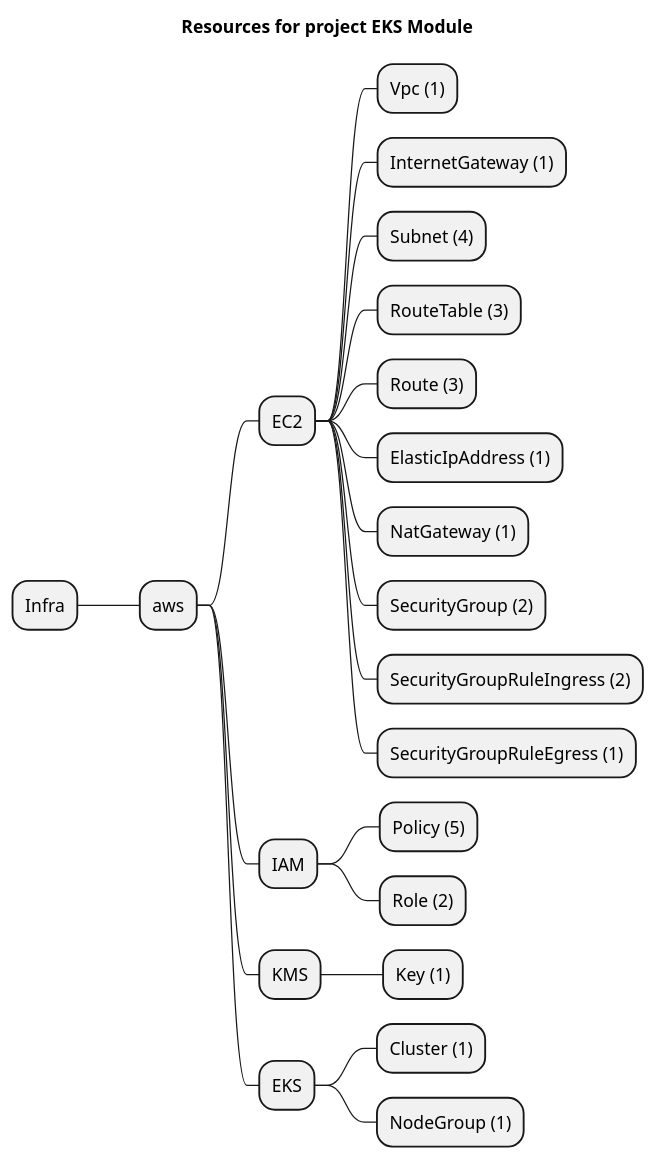
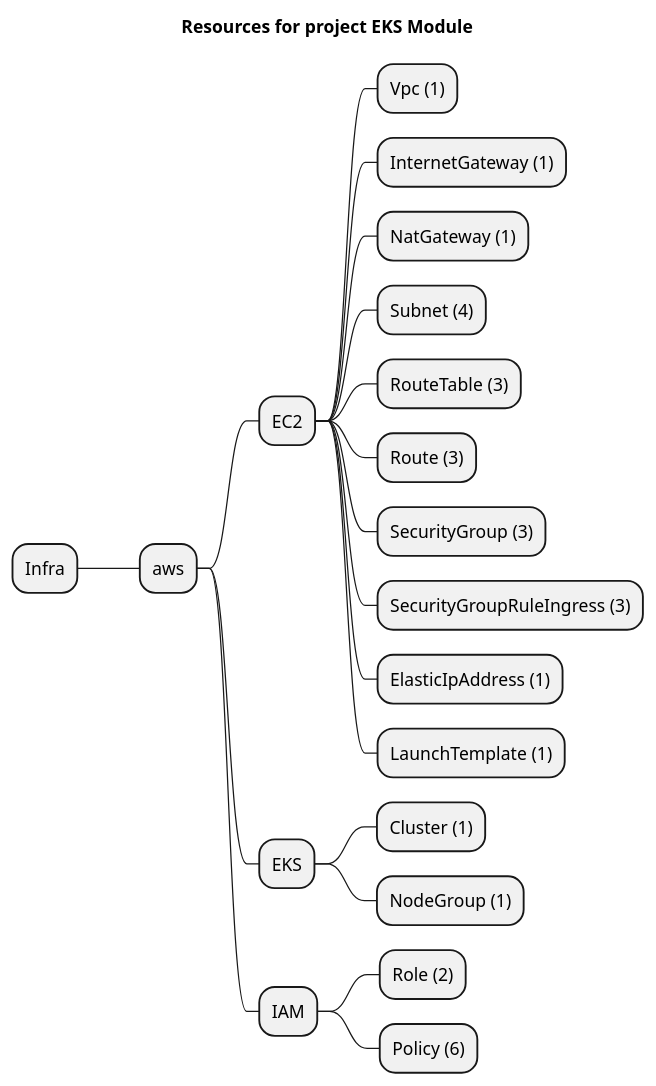
One commit to grucloud/grucloud changed the diagram in packages/modules/aws/eks/example/artifacts/resources-mindmap.puml. Above: the diagram before and after it, drawn with PlantUML. The commit also changed 12 other files, not shown here.

Commit message:
LaunchTemplate for NodeGroup

```diff
--- a/packages/modules/aws/eks/example/artifacts/resources-mindmap.puml
+++ b/packages/modules/aws/eks/example/artifacts/resources-mindmap.puml
@@ -1,25 +1,23 @@
 @startmindmap
 title Resources for project EKS Module
 skinparam monochrome true
 + Infra
 ++ aws
 +++ EC2
 ++++ Vpc (1)
 ++++ InternetGateway (1)
+++++ NatGateway (1)
 ++++ Subnet (4)
 ++++ RouteTable (3)
 ++++ Route (3)
+++++ SecurityGroup (3)
+++++ SecurityGroupRuleIngress (3)
 ++++ ElasticIpAddress (1)
-++++ NatGateway (1)
-++++ SecurityGroup (2)
-++++ SecurityGroupRuleIngress (2)
-++++ SecurityGroupRuleEgress (1)
-+++ IAM
-++++ Policy (5)
-++++ Role (2)
-+++ KMS
-++++ Key (1)
+++++ LaunchTemplate (1)
 +++ EKS
 ++++ Cluster (1)
 ++++ NodeGroup (1)
++++ IAM
+++++ Role (2)
+++++ Policy (6)
 @endmindmap
```
